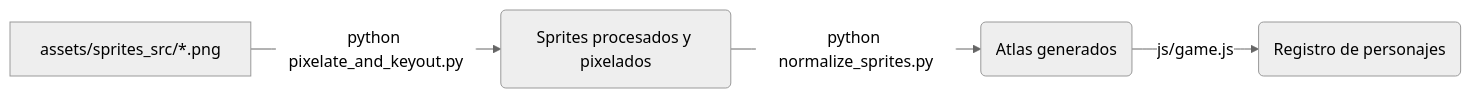
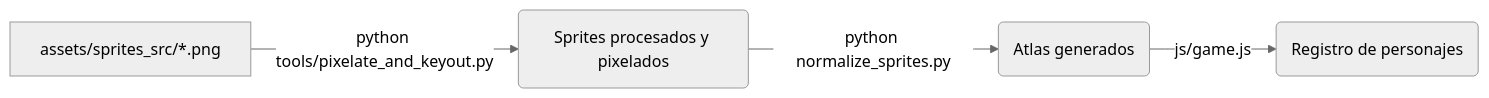
Before and after one commit to pataforista/casos-lasalle: the second of 2 diagrams in DEVELOPER_GUIDE.md, drawn with Mermaid (neutral theme). The commit also changed other lines of this file and 25 other files, not shown here.

````diff
--- a/DEVELOPER_GUIDE.md
+++ b/DEVELOPER_GUIDE.md
@@ -49,6 +49,6 @@
 ```mermaid
 graph LR
-    A[assets/sprites_src/*.png] -->|python pixelate_and_keyout.py| B(Sprites procesados y pixelados)
+    A[assets/sprites_src/*.png] -->|python tools/pixelate_and_keyout.py| B(Sprites procesados y pixelados)
     B -->|python normalize_sprites.py| C(Atlas generados)
     C -->|js/game.js| D(Registro de personajes)
 ```
````
